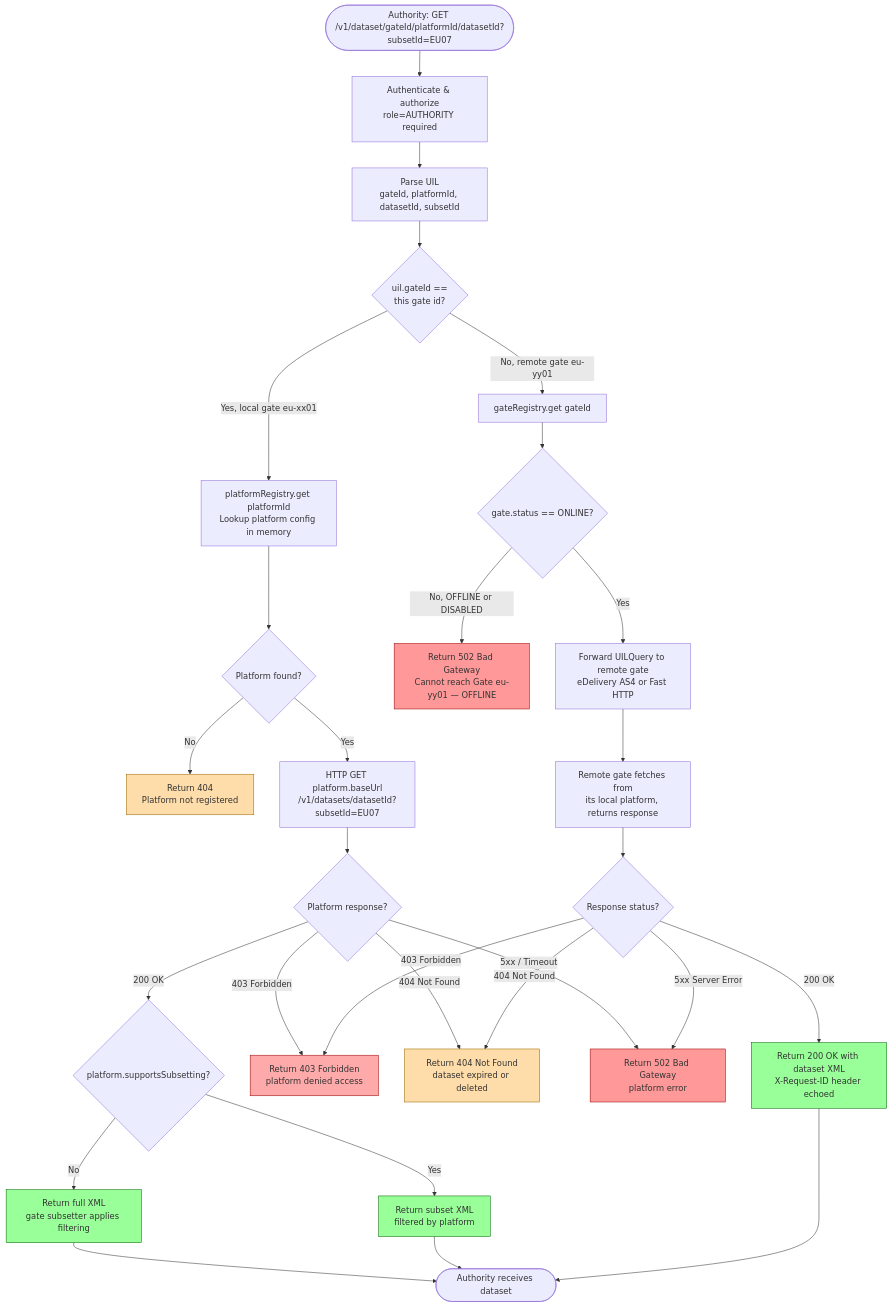
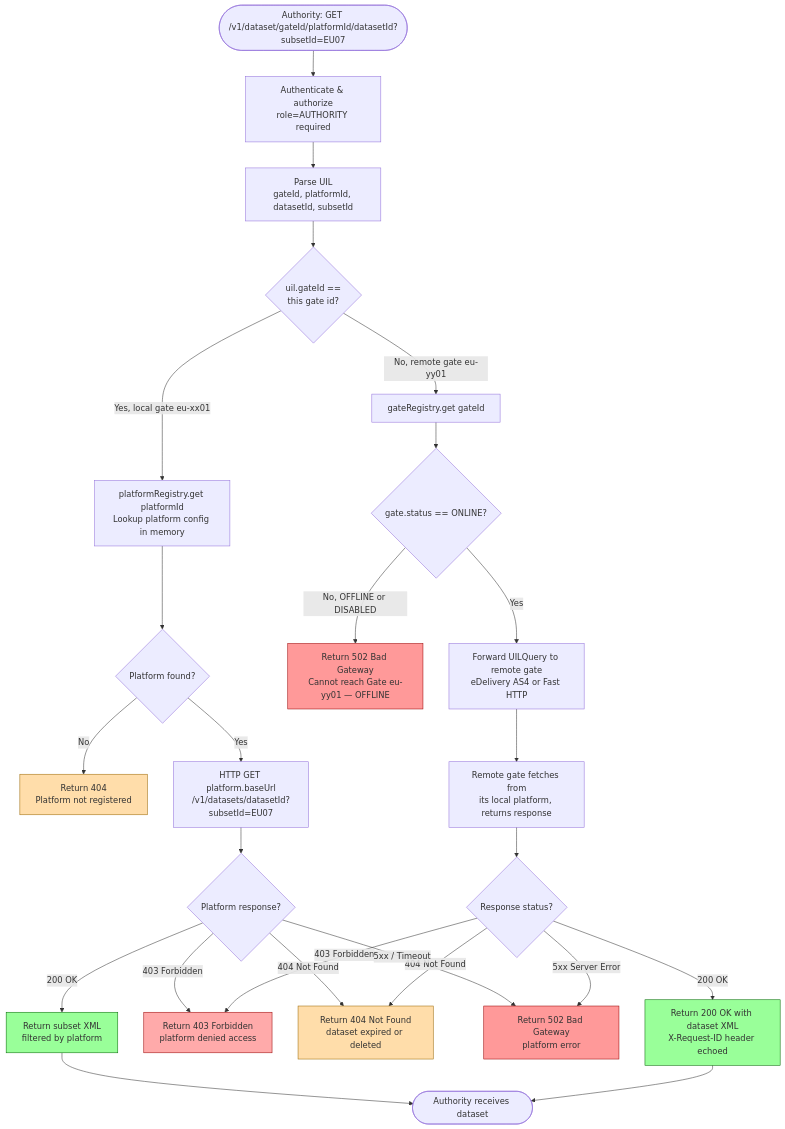
Before and after one commit to kemit-ee/efti-gate-ee: the diagram in docs/specs/diagrams/flow-03-dataset-access-control.mmd, drawn with Mermaid. The commit also changed 26 other files, not shown here.

First line of the commit message:
refactor: remove supports_subsetting from platforms (ADR-003) + fix ADR-002 date

```diff
--- a/docs/specs/diagrams/flow-03-dataset-access-control.mmd
+++ b/docs/specs/diagrams/flow-03-dataset-access-control.mmd
@@ -1,48 +1,43 @@
 flowchart TD
     Start([Authority: GET /v1/dataset/gateId/platformId/datasetId?subsetId=EU07]) --> AuthCheck[Authenticate & authorize\nrole=AUTHORITY required]
 
     AuthCheck --> ParseUIL[Parse UIL\ngateId, platformId, datasetId, subsetId]
 
     ParseUIL --> GateCheck{uil.gateId ==\nthis gate id?}
 
     GateCheck -->|Yes, local gate eu-xx01| LookupLocalPlatform[platformRegistry.get platformId\nLookup platform config in memory]
     GateCheck -->|No, remote gate eu-yy01| LookupRemoteGate[gateRegistry.get gateId]
 
     LookupLocalPlatform --> LocalPlatformFound{Platform found?}
     LocalPlatformFound -->|No| Return404P[Return 404\nPlatform not registered]
     LocalPlatformFound -->|Yes| CallLocalPlatform[HTTP GET platform.baseUrl\n/v1/datasets/datasetId?subsetId=EU07]
 
     LookupRemoteGate --> GateOnline{gate.status == ONLINE?}
     GateOnline -->|No, OFFLINE or DISABLED| Return502["Return 502 Bad Gateway<br/>Cannot reach Gate eu-yy01 — OFFLINE"]
     GateOnline -->|Yes| ForwardToRemote[Forward UILQuery to remote gate\neDelivery AS4 or Fast HTTP]
 
     ForwardToRemote --> RemoteGateResponse[Remote gate fetches from\nits local platform, returns response]
 
     RemoteGateResponse --> RemoteStatus{Response status?}
     RemoteStatus -->|200 OK| ReturnDataset[Return 200 OK with dataset XML\nX-Request-ID header echoed]
     RemoteStatus -->|403 Forbidden| Return403[Return 403 Forbidden\nplatform denied access]
     RemoteStatus -->|404 Not Found| Return404[Return 404 Not Found\ndataset expired or deleted]
     RemoteStatus -->|5xx Server Error| Return502b[Return 502 Bad Gateway\nplatform error]
 
     CallLocalPlatform --> LocalPlatformStatus{Platform response?}
 
-    LocalPlatformStatus -->|200 OK| CheckSubsetting{platform.supportsSubsetting?}
+    LocalPlatformStatus -->|200 OK| ReturnFilteredDataset[Return subset XML\nfiltered by platform]
     LocalPlatformStatus -->|403 Forbidden| Return403
     LocalPlatformStatus -->|404 Not Found| Return404
     LocalPlatformStatus -->|5xx / Timeout| Return502b
 
-    CheckSubsetting -->|Yes| ReturnFilteredDataset[Return subset XML\nfiltered by platform]
-    CheckSubsetting -->|No| ReturnFullDataset[Return full XML\ngate subsetter applies filtering]
-
     ReturnDataset --> End([Authority receives dataset])
     ReturnFilteredDataset --> End
-    ReturnFullDataset --> End
 
     style Return502 fill:#f99,stroke:#900
     style Return502b fill:#f99,stroke:#900
     style Return403 fill:#faa,stroke:#900
     style Return404 fill:#fda,stroke:#960
     style Return404P fill:#fda,stroke:#960
     style ReturnDataset fill:#9f9,stroke:#060
     style ReturnFilteredDataset fill:#9f9,stroke:#060
-    style ReturnFullDataset fill:#9f9,stroke:#060
```
